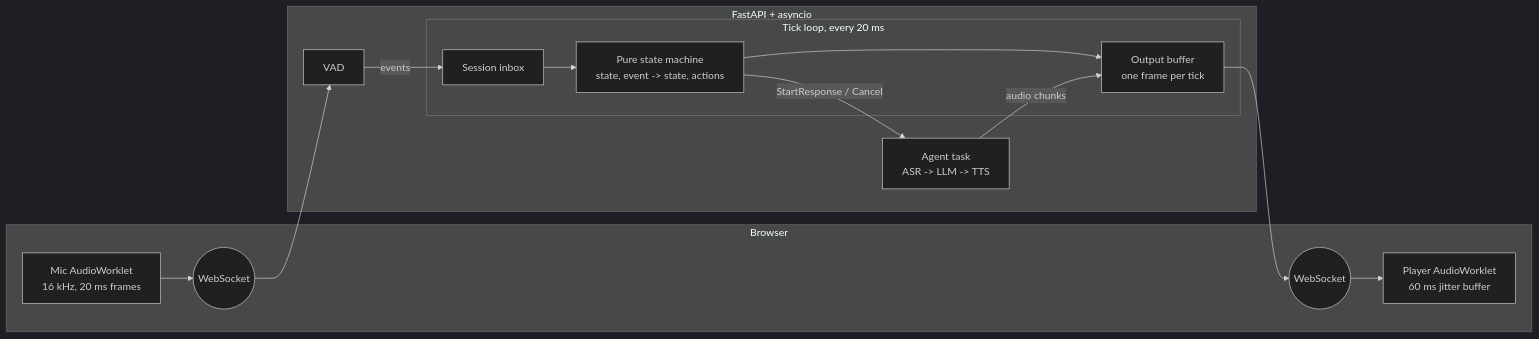
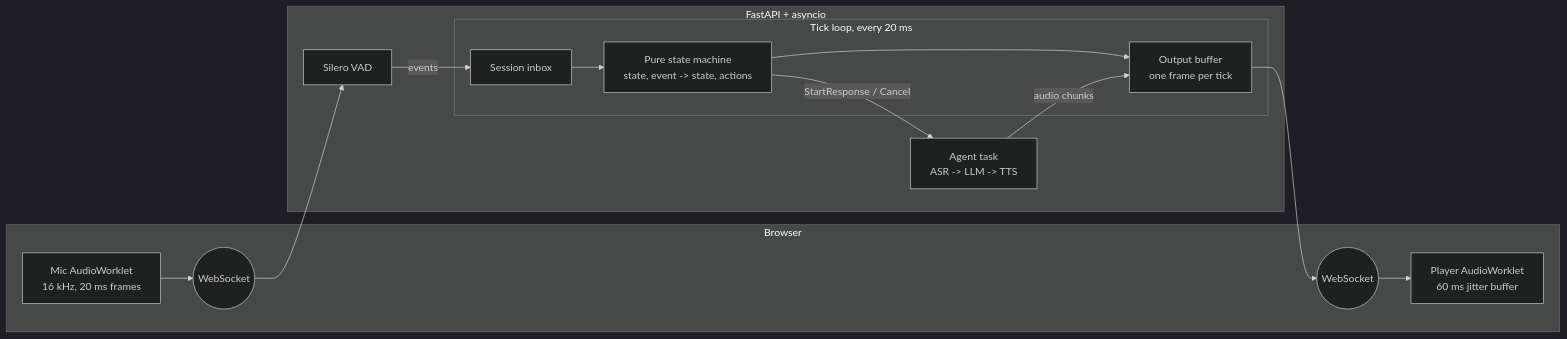
The third of 3 diagrams in README.md (k-sahi/duplex-voice-agent), drawn with Mermaid (dark theme) before and after one commit. The commit also changed other lines of this file and 1 other file, not shown here.

Commit message:
Polish README: animated barge-in demo, turn diagram, collapsible sections

````diff
--- a/README.md
+++ b/README.md
@@ -35,19 +89,19 @@
 ```mermaid
 flowchart LR
     subgraph Browser
         MIC[Mic AudioWorklet<br/>16 kHz, 20 ms frames] --> WSOUT((WebSocket))
         WSIN((WebSocket)) --> PLAY[Player AudioWorklet<br/>60 ms jitter buffer]
     end
 
     subgraph Server [FastAPI + asyncio]
-        WSOUT --> VAD[VAD]
+        WSOUT --> VAD[Silero VAD]
         VAD -- events --> INBOX[Session inbox]
         subgraph Tick [Tick loop, every 20 ms]
             INBOX --> SM[Pure state machine<br/>state, event -> state, actions]
             SM --> OUTBUF[Output buffer<br/>one frame per tick]
         end
         SM -- StartResponse / Cancel --> AGENT[Agent task<br/>ASR -> LLM -> TTS]
         AGENT -- audio chunks --> OUTBUF
         OUTBUF --> WSIN
     end
 ```
````
